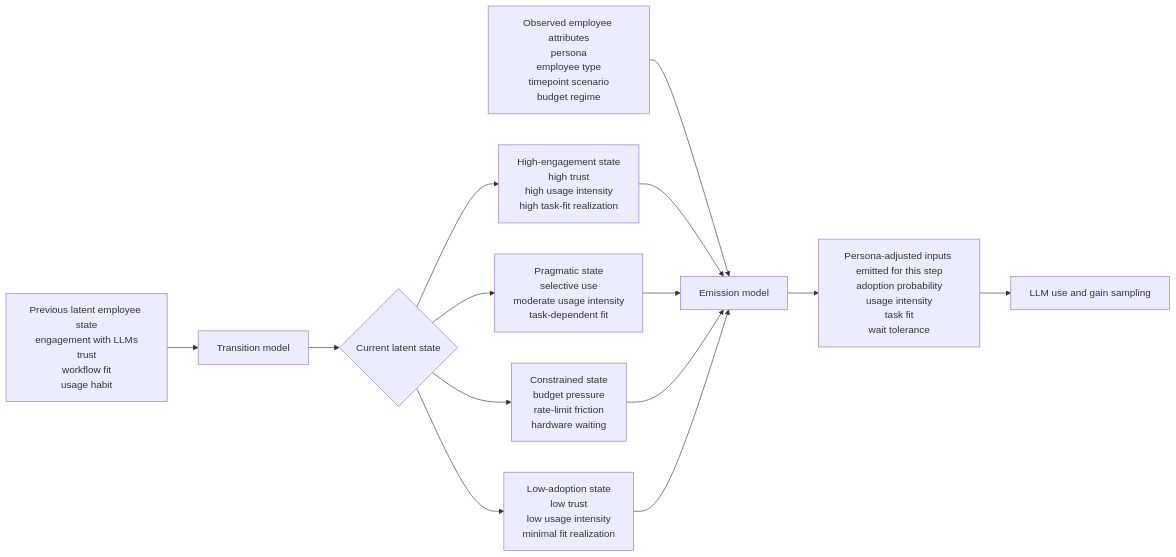
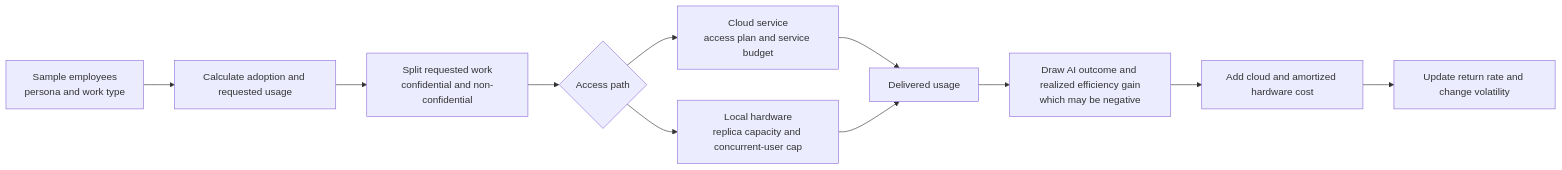
The second of 3 diagrams in README.md (steffenhauf/cofin2026), drawn with Mermaid before and after one commit. The commit also changed other lines of this file and 2 other files, not shown here.

````diff
--- a/README.md
+++ b/README.md
@@ -315,19 +546,13 @@
 ```mermaid
 flowchart LR
-    A[Previous latent employee state<br/>engagement with LLMs<br/>trust<br/>workflow fit<br/>usage habit] --> B[Transition model]
-    B --> C{Current latent state}
-
-    C --> C1[High-engagement state<br/>high trust<br/>high usage intensity<br/>high task-fit realization]
-    C --> C2[Pragmatic state<br/>selective use<br/>moderate usage intensity<br/>task-dependent fit]
-    C --> C3[Constrained state<br/>budget pressure<br/>rate-limit friction<br/>hardware waiting]
-    C --> C4[Low-adoption state<br/>low trust<br/>low usage intensity<br/>minimal fit realization]
-
-    D[Observed employee attributes<br/>persona<br/>employee type<br/>timepoint scenario<br/>budget regime] --> E[Emission model]
-    C1 --> E
-    C2 --> E
-    C3 --> E
-    C4 --> E
-
-    E --> F[Persona-adjusted inputs emitted for this step<br/>adoption probability<br/>usage intensity<br/>task fit<br/>wait tolerance]
-    F --> G[LLM use and gain sampling]
+    A[Sample employees<br/>persona and work type] --> B[Calculate adoption and requested usage]
+    B --> C[Split requested work<br/>confidential and non-confidential]
+    C --> D{Access path}
+    D --> E[Cloud service<br/>access plan and service budget]
+    D --> F[Local hardware<br/>replica capacity and concurrent-user cap]
+    E --> G[Delivered usage]
+    F --> G
+    G --> H[Draw AI outcome and realized efficiency gain<br/>which may be negative]
+    H --> I[Add cloud and amortized hardware cost]
+    I --> J[Update return rate and change volatility]
 ```
````
